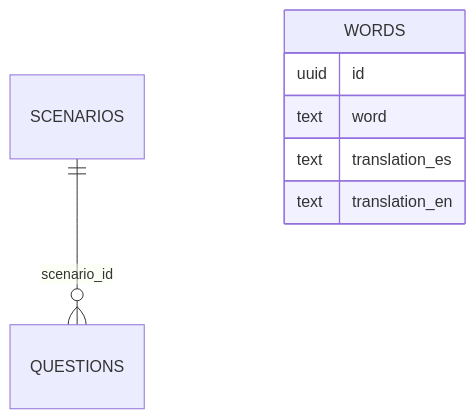
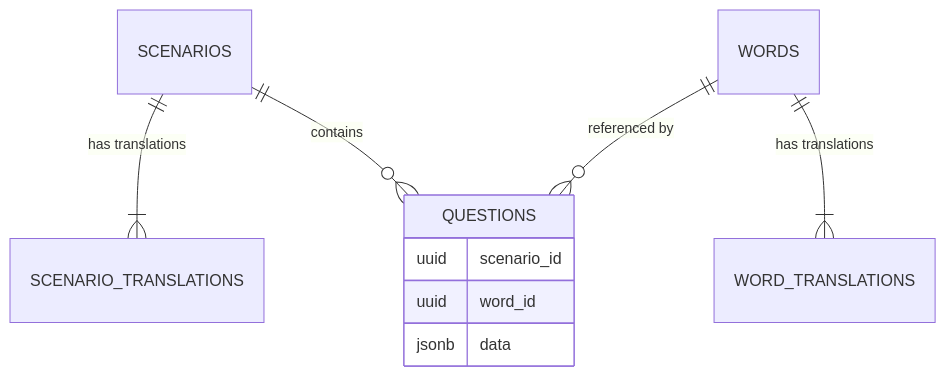
The diagram in docs/DATABASE.md (Forestnut/PalabraBox), drawn with Mermaid before and after one commit. The commit also changed other lines of this file, not shown here.

Commit message:
docs(database): update schema documentation to reflect ai and multi-language support structures

````diff
--- a/docs/DATABASE.md
+++ b/docs/DATABASE.md
@@ -17,10 +17,14 @@
 ```mermaid
 erDiagram
-    SCENARIOS ||--o{ QUESTIONS : "scenario_id"
-    WORDS {
-        uuid id
-        text word
-        text translation_es
-        text translation_en
+    SCENARIOS ||--|{ SCENARIO_TRANSLATIONS : "has translations"
+    SCENARIOS ||--o{ QUESTIONS : "contains"
+    
+    WORDS ||--|{ WORD_TRANSLATIONS : "has translations"
+    WORDS ||--o{ QUESTIONS : "referenced by"
+    
+    QUESTIONS {
+        uuid scenario_id
+        uuid word_id
+        jsonb data
     }
 ```
````
